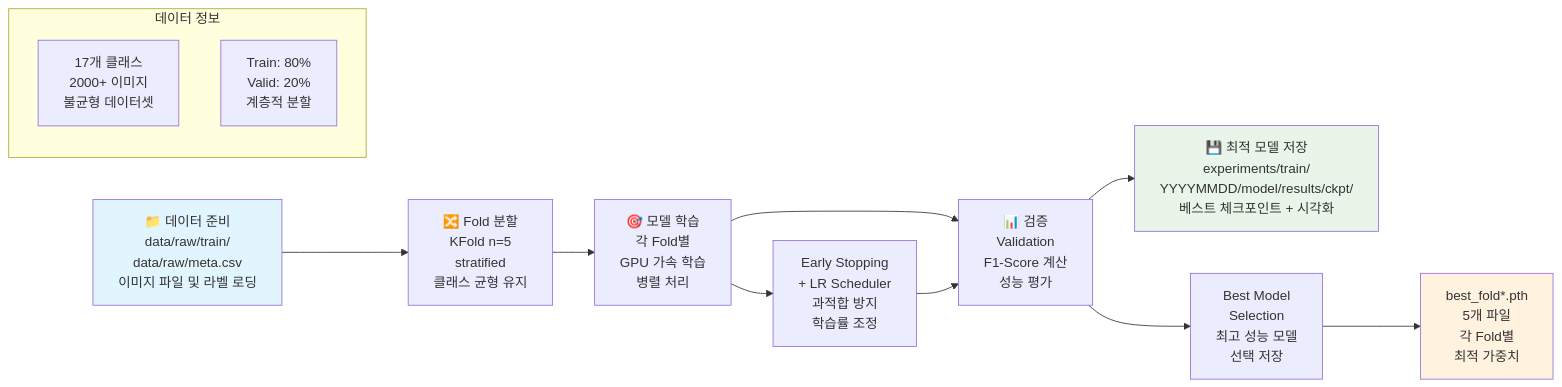
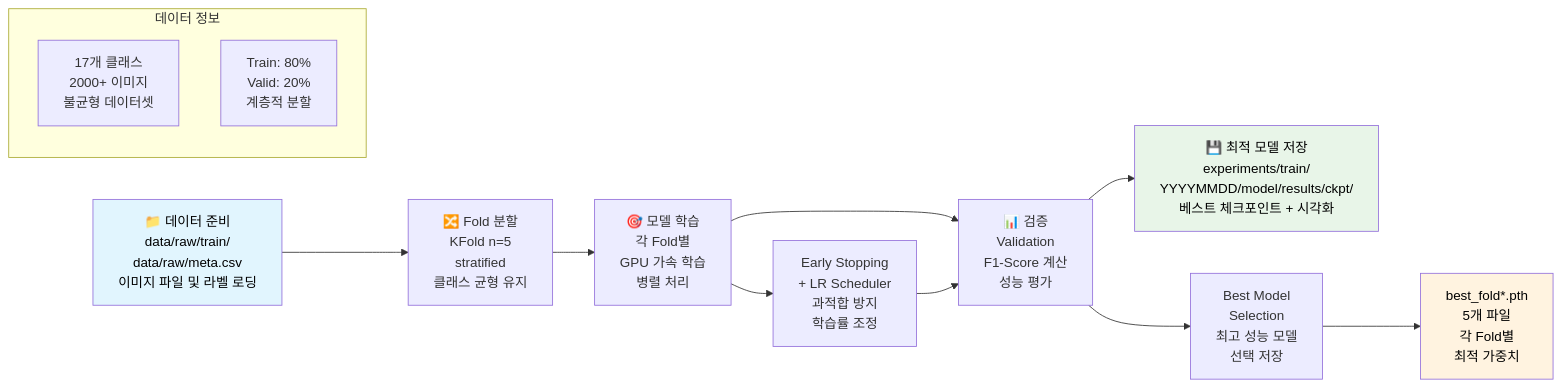
Before and after one commit to nimnusmik/CV_documents_classification_competition: the second of 3 diagrams in docs/파이프라인/학습_파이프라인_가이드.md, drawn with Mermaid. The commit also changed other lines of this file and 11 other files, not shown here.

Commit message:
docs: mermaid 글자 색상 명확한 검정색으로 수정

````diff
--- a/docs/파이프라인/학습_파이프라인_가이드.md
+++ b/docs/파이프라인/학습_파이프라인_가이드.md
@@ -58,21 +58,21 @@
 ```mermaid
 flowchart LR
     A[📁 데이터 준비<br/>data/raw/train/<br/>data/raw/meta.csv<br/>이미지 파일 및 라벨 로딩] --> B[🔀 Fold 분할<br/>KFold n=5<br/>stratified<br/>클래스 균형 유지]
     B --> C[🎯 모델 학습<br/>각 Fold별<br/>GPU 가속 학습<br/>병렬 처리]
     C --> D[📊 검증<br/>Validation<br/>F1-Score 계산<br/>성능 평가]
     D --> E[💾 최적 모델 저장<br/>experiments/train/<br/>YYYYMMDD/model/results/ckpt/<br/>베스트 체크포인트 + 시각화]
     
     C --> F[Early Stopping<br/>+ LR Scheduler<br/>과적합 방지<br/>학습률 조정]
     F --> D
     D --> G[Best Model<br/>Selection<br/>최고 성능 모델<br/>선택 저장]
     G --> H[best_fold*.pth<br/>5개 파일<br/>각 Fold별<br/>최적 가중치]
     
     subgraph "데이터 정보"
         I[17개 클래스<br/>2000+ 이미지<br/>불균형 데이터셋]
         J[Train: 80%<br/>Valid: 20%<br/>계층적 분할]
     end
     
-    style A fill:#e1f5fe
-    style E fill:#e8f5e8
-    style H fill:#fff3e0
+    style A fill:#e1f5fe, color:#000000
+    style E fill:#e8f5e8, color:#000000
+    style H fill:#fff3e0, color:#000000
 ```
````
